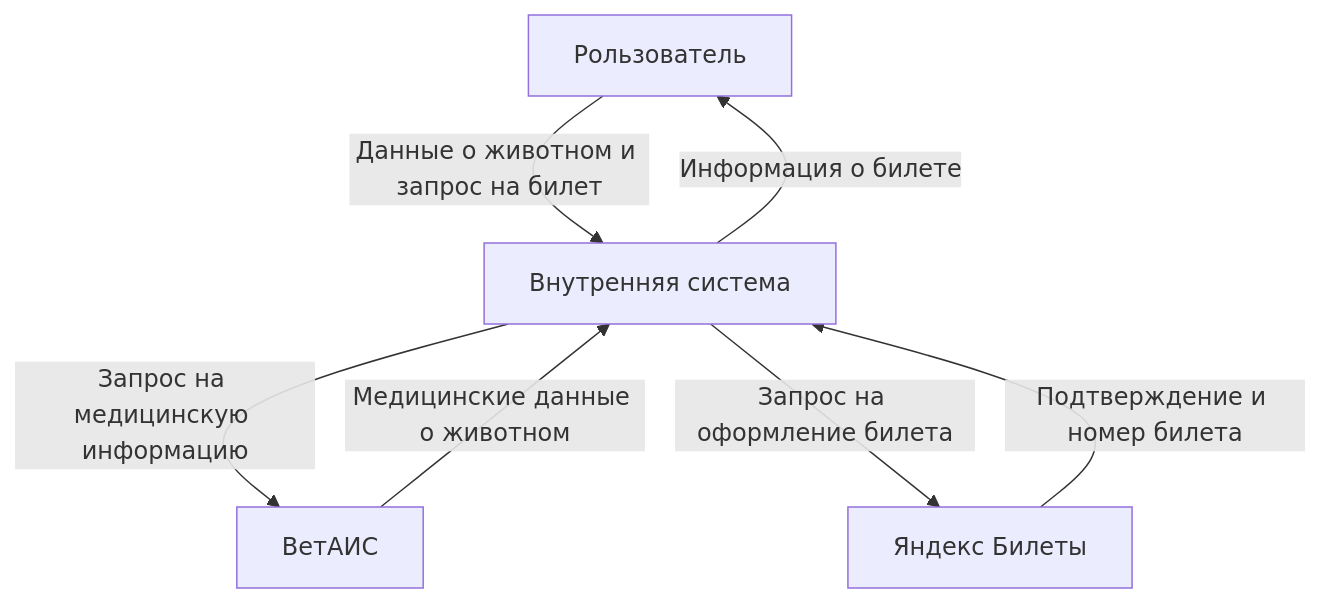
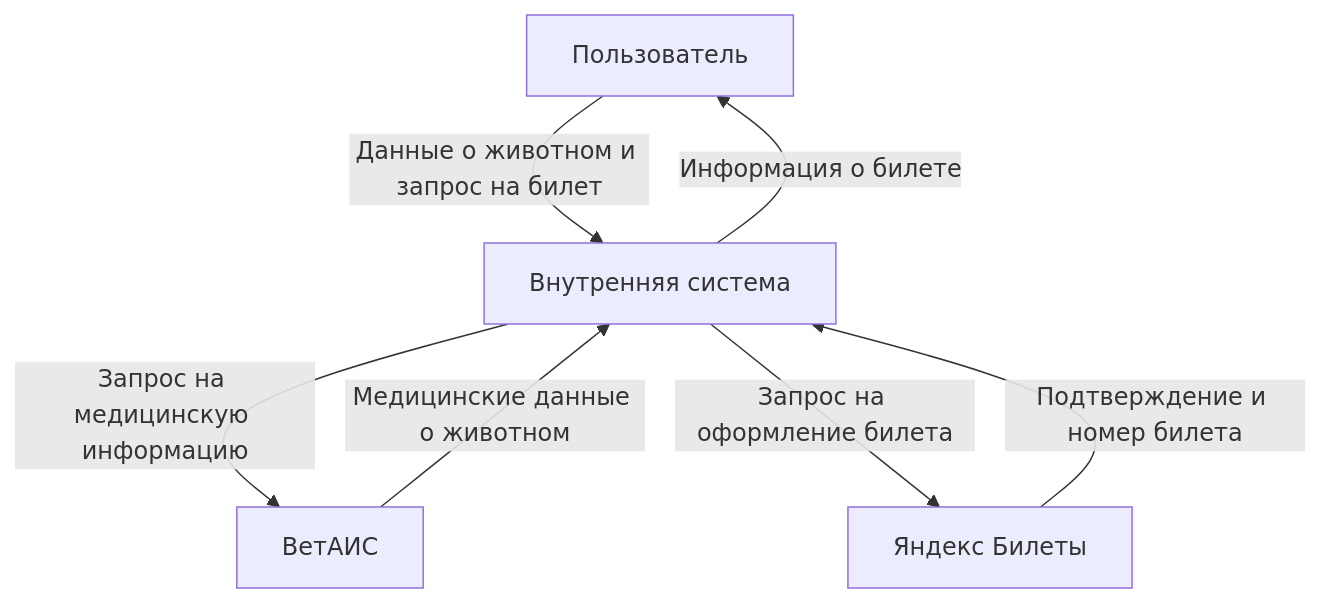
One commit to Gr-Move/Portfolio changed the third of 5 diagrams in Cases/Case-2/diagrams.md. Above: the diagram before and after it, drawn with Mermaid. The commit also changed other lines of this file, not shown here.

````diff
--- a/Cases/Case-2/diagrams.md
+++ b/Cases/Case-2/diagrams.md
@@ -54,9 +56,9 @@
 ```mermaid
 graph TD;
-    User[Pользователь] -->|Данные о животном и запрос на билет| Internal[Внутренняя система]
+    User[Пользователь] -->|Данные о животном и запрос на билет| Internal[Внутренняя система]
     Internal -->|Запрос на медицинскую информацию| VetAIS[ВетАИС]
     VetAIS -->|Медицинские данные о животном| Internal
     Internal -->|Запрос на оформление билета| YB[Яндекс Билеты]
     YB -->|Подтверждение и номер билета| Internal
     Internal -->|Информация о билете| User
 ```
````
